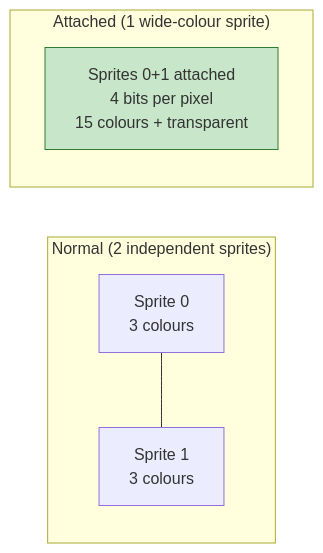
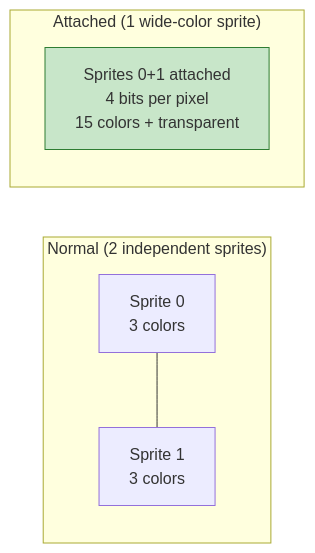
Before and after one commit to alfishe/amiga-bootcamp: the second of 4 diagrams in 08_graphics/sprites.md, drawn with Mermaid. The commit also changed other lines of this file and 89 other files, not shown here.

````diff
--- a/08_graphics/sprites.md
+++ b/08_graphics/sprites.md
@@ -120,12 +120,12 @@
 ```mermaid
 flowchart LR
     subgraph "Normal (2 independent sprites)"
-        S0["Sprite 0<br/>3 colours"] --- S1["Sprite 1<br/>3 colours"]
+        S0["Sprite 0<br/>3 colors"] --- S1["Sprite 1<br/>3 colors"]
     end
 
-    subgraph "Attached (1 wide-colour sprite)"
-        SA["Sprites 0+1 attached<br/>4 bits per pixel<br/>15 colours + transparent"]
+    subgraph "Attached (1 wide-color sprite)"
+        SA["Sprites 0+1 attached<br/>4 bits per pixel<br/>15 colors + transparent"]
     end
 
     style SA fill:#c8e6c9,stroke:#2e7d32,color:#333
 ```
````
